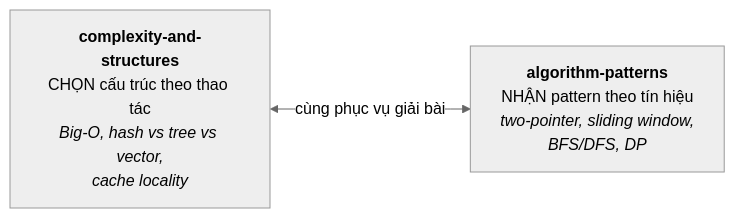
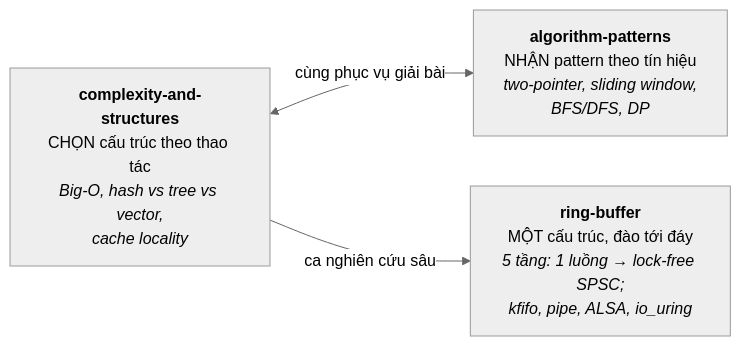
The diagram in 13-dsa/README.md (gia0901/Embedded-Knowledge), drawn with Mermaid (neutral theme) before and after one commit. The commit also changed other lines of this file and 4 other files, not shown here.

````diff
--- a/13-dsa/README.md
+++ b/13-dsa/README.md
@@ -9,6 +9,8 @@
 ```mermaid
 flowchart LR
     C["<b>complexity-and-structures</b><br/>CHỌN cấu trúc theo thao tác<br/><i>Big-O, hash vs tree vs vector,<br/>cache locality</i>"]
     A["<b>algorithm-patterns</b><br/>NHẬN pattern theo tín hiệu<br/><i>two-pointer, sliding window,<br/>BFS/DFS, DP</i>"]
     C <-->|"cùng phục vụ giải bài"| A
+    R["<b>ring-buffer</b><br/>MỘT cấu trúc, đào tới đáy<br/><i>5 tầng: 1 luồng → lock-free SPSC;<br/>kfifo, pipe, ALSA, io_uring</i>"]
+    C -->|"ca nghiên cứu sâu"| R
 ```
````
